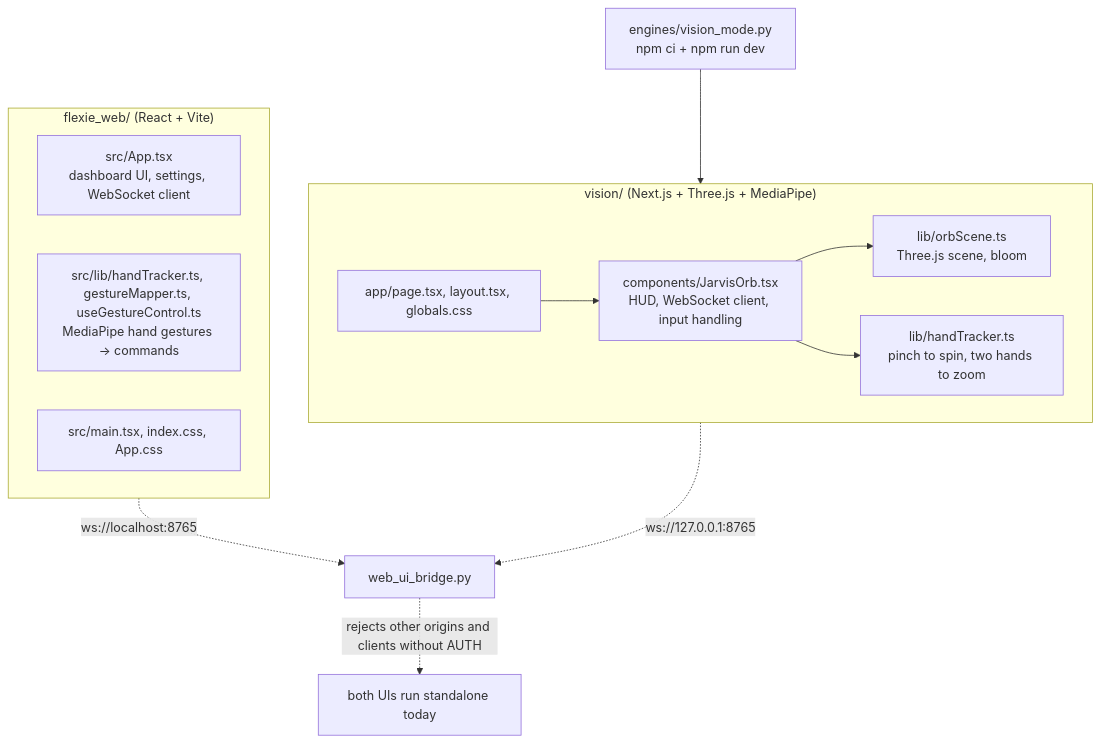
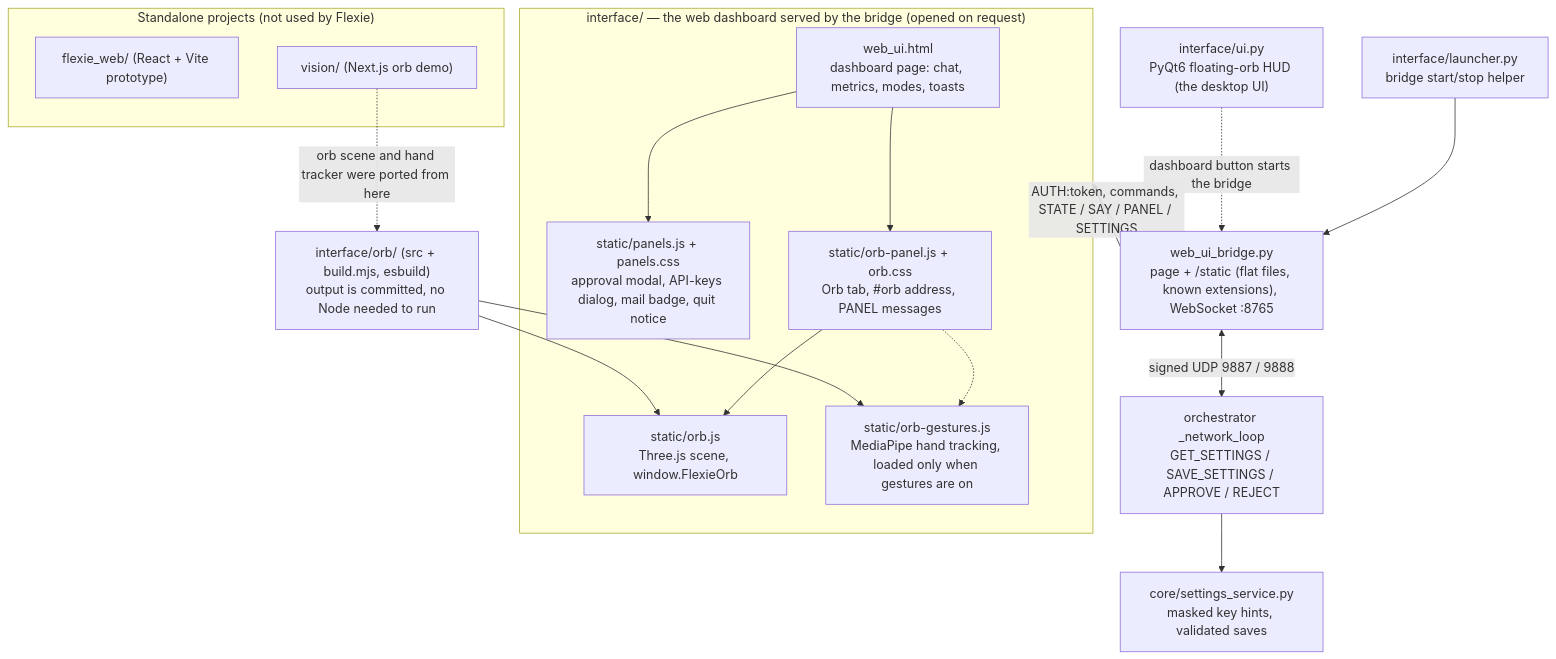
Diagram 20 of 21 in tools/architecture_flows.md (DhanushN2005/Agentic-AI-Desktop-Assistant-), drawn with Mermaid before and after one commit. The commit also changed other lines of this file and 61 other files, not shown here.

First line of the commit message:
Add comprehensive tests for launcher and web dashboard functionality

````diff
--- a/tools/architecture_flows.md
+++ b/tools/architecture_flows.md
@@ -428,21 +431,28 @@
 ```mermaid
 flowchart TB
-    subgraph WEB["flexie_web/ (React + Vite)"]
-        W1["src/App.tsx<br/>dashboard UI, settings, WebSocket client"]
-        W2["src/lib/handTracker.ts, gestureMapper.ts, useGestureControl.ts<br/>MediaPipe hand gestures -> commands"]
-        W3["src/main.tsx, index.css, App.css"]
+    subgraph UI["interface/ — the web dashboard served by the bridge (opened on request)"]
+        W0["web_ui.html<br/>dashboard page: chat, metrics, modes, toasts"]
+        W1["static/panels.js + panels.css<br/>approval modal, API-keys dialog, mail badge, quit notice"]
+        W2["static/orb-panel.js + orb.css<br/>Orb tab, #orb address, PANEL messages"]
+        W3["static/orb.js<br/>Three.js scene, window.FlexieOrb"]
+        W4["static/orb-gestures.js<br/>MediaPipe hand tracking, loaded only when gestures are on"]
+        W0 --> W1
+        W0 --> W2
+        W2 --> W3
+        W2 -.-> W4
     end
-    subgraph ORB["vision/ (Next.js + Three.js + MediaPipe)"]
-        O1["app/page.tsx, layout.tsx, globals.css"]
-        O2["components/JarvisOrb.tsx<br/>HUD, WebSocket client, input handling"]
-        O3["lib/orbScene.ts<br/>Three.js scene, bloom"]
-        O4["lib/handTracker.ts<br/>pinch to spin, two hands to zoom"]
-        O1 --> O2
-        O2 --> O3
-        O2 --> O4
+    SRC["interface/orb/ (src + build.mjs, esbuild)<br/>output is committed, no Node needed to run"] --> W3
+    SRC --> W4
+    BR["web_ui_bridge.py<br/>page + /static (flat files, known extensions), WebSocket :8765"] --> UI
+    UI <-->|"AUTH:token, commands, STATE / SAY / PANEL / SETTINGS"| BR
+    BR <-->|"signed UDP 9887 / 9888"| ORCH["orchestrator _network_loop<br/>GET_SETTINGS / SAVE_SETTINGS / APPROVE / REJECT"]
+    ORCH --> SS["core/settings_service.py<br/>masked key hints, validated saves"]
+    LN["interface/launcher.py<br/>bridge start/stop helper"] --> BR
+    QTUI["interface/ui.py<br/>PyQt6 floating-orb HUD (the desktop UI)"] -. "dashboard button starts the bridge" .-> BR
+
+    subgraph STAND["Standalone projects (not used by Flexie)"]
+        WEB["flexie_web/ (React + Vite prototype)"]
+        VIS["vision/ (Next.js orb demo)"]
     end
-    WEB -. "ws://localhost:8765" .-> BR["web_ui_bridge.py"]
-    ORB -. "ws://127.0.0.1:8765" .-> BR
-    BR -. "rejects other origins and clients without AUTH" .-> X["both UIs run standalone today"]
-    LAUNCH["engines/vision_mode.py<br/>npm ci + npm run dev"] --> ORB
+    VIS -. "orb scene and hand tracker were ported from here" .-> SRC
 ```
````
